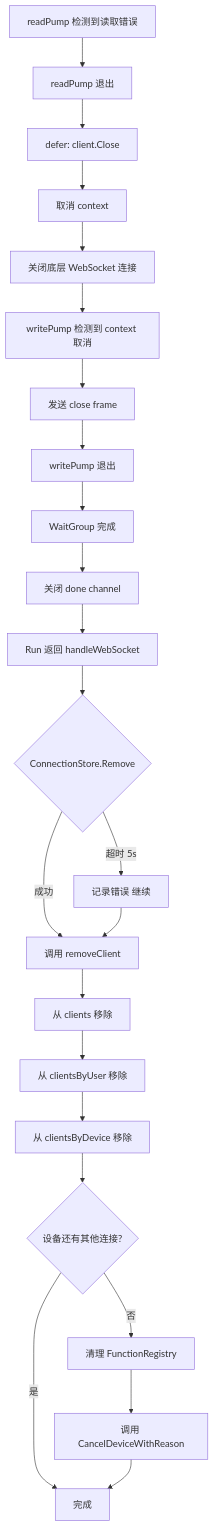
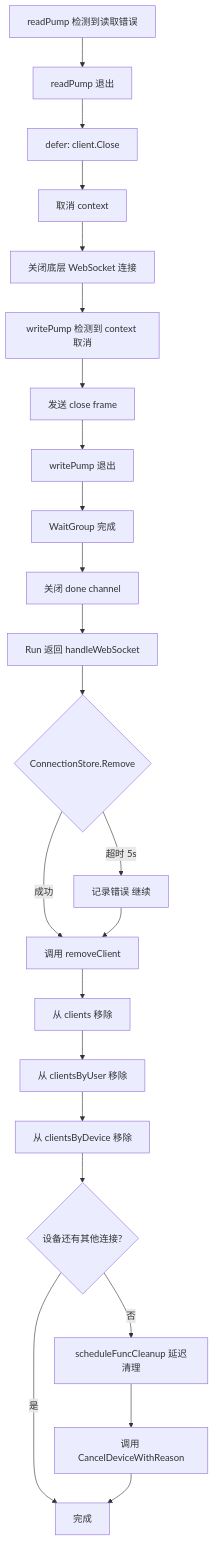
Before and after one commit to PineappleBond/xyncra-server: the fifth of 9 diagrams in wiki/flows/websocket.md, drawn with Mermaid. The commit also changed other lines of this file and 21 other files, not shown here.

First line of the commit message:
docs(wiki): fix accuracy and completeness issues across all flow documents

````diff
--- a/wiki/flows/websocket.md
+++ b/wiki/flows/websocket.md
@@ -238,25 +238,25 @@
 ```mermaid
 flowchart TD
     A[readPump 检测到读取错误] --> B[readPump 退出]
     B --> C[defer: client.Close]
     C --> D[取消 context]
     D --> E[关闭底层 WebSocket 连接]
     E --> F[writePump 检测到 context 取消]
     F --> G[发送 close frame]
     G --> H[writePump 退出]
     H --> I[WaitGroup 完成]
     I --> J[关闭 done channel]
     J --> K[Run 返回 handleWebSocket]
     K --> L{ConnectionStore.Remove}
     L -->|成功| M[调用 removeClient]
     L -->|超时 5s| N[记录错误 继续]
     N --> M
     M --> O[从 clients 移除]
     O --> P[从 clientsByUser 移除]
     P --> Q[从 clientsByDevice 移除]
     Q --> R{设备还有其他连接?}
-    R -->|否| S[清理 FunctionRegistry]
+    R -->|否| S[scheduleFuncCleanup 延迟清理]
     S --> T[调用 CancelDeviceWithReason]
     R -->|是| U[完成]
     T --> U
 ```
````
